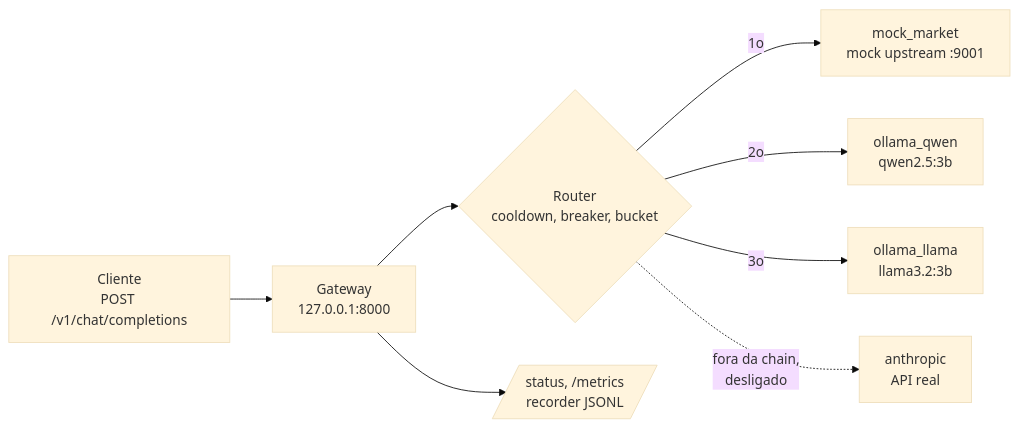
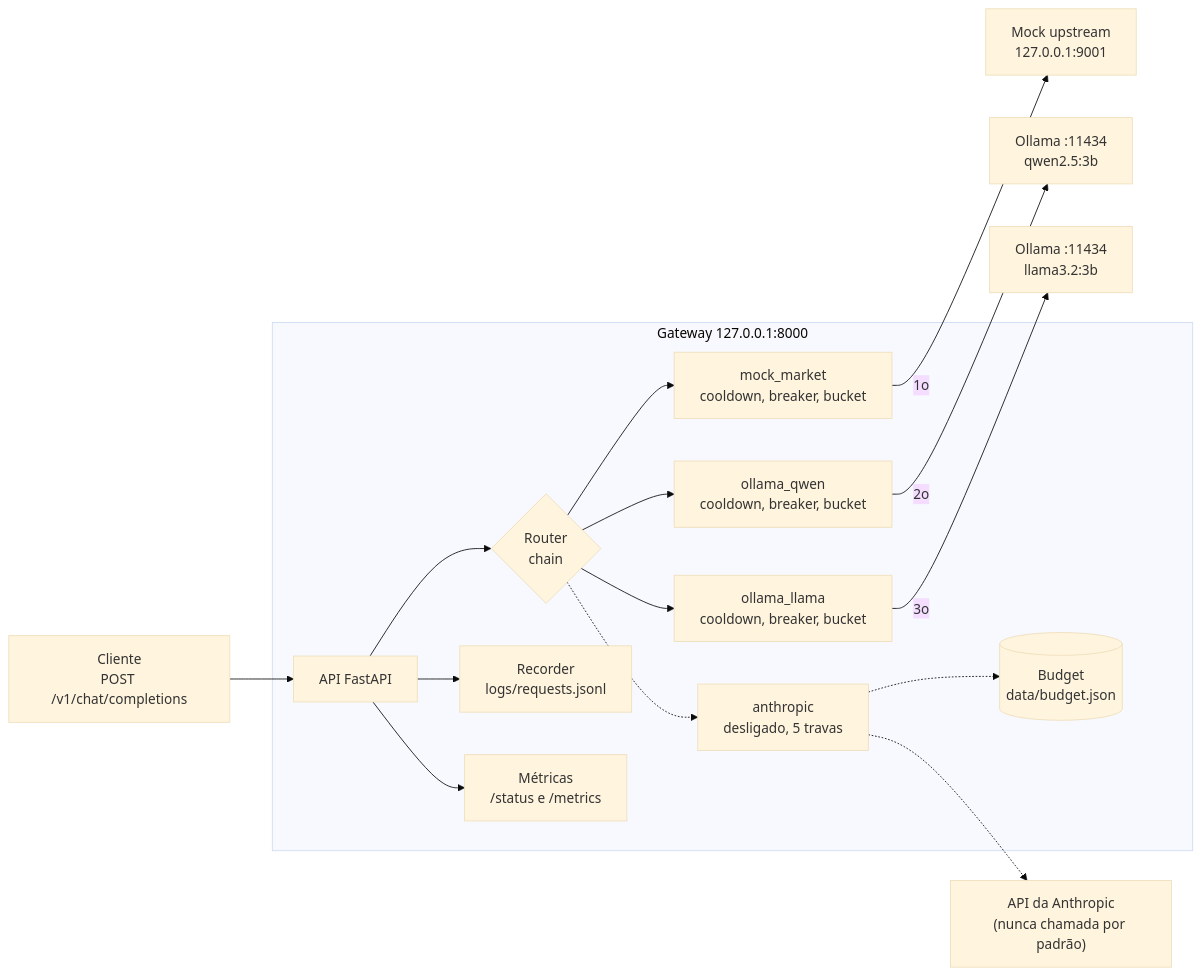
The first of 2 diagrams in README.md (jcorreaviana/llm-gateway-study), drawn with Mermaid (base theme) before and after one commit. The commit also changed other lines of this file, not shown here.

Commit message:
docs: add architecture and sequence diagrams

````diff
--- a/README.md
+++ b/README.md
@@ -24,10 +24,20 @@
 ```mermaid
 flowchart LR
-    C[Cliente<br/>POST /v1/chat/completions] --> G[Gateway<br/>127.0.0.1:8000]
-    G --> R{Router<br/>cooldown, breaker, bucket}
-    R -->|1o| M[mock_market<br/>mock upstream :9001]
-    R -->|2o| Q[ollama_qwen<br/>qwen2.5:3b]
-    R -->|3o| L[ollama_llama<br/>llama3.2:3b]
-    R -.->|fora da chain,<br/>desligado| A[anthropic<br/>API real]
-    G --> O[/status, /metrics<br/>recorder JSONL/]
+    C["Cliente<br/>POST /v1/chat/completions"] --> G
+
+    subgraph GW["Gateway 127.0.0.1:8000"]
+        G["API FastAPI"] --> R{"Router<br/>chain"}
+        R --> K1["mock_market<br/>cooldown, breaker, bucket"]
+        R --> K2["ollama_qwen<br/>cooldown, breaker, bucket"]
+        R --> K3["ollama_llama<br/>cooldown, breaker, bucket"]
+        R -.-> K4["anthropic<br/>desligado, 5 travas"]
+        K4 -.-> B[("Budget<br/>data/budget.json")]
+        G --> REC["Recorder<br/>logs/requests.jsonl"]
+        G --> MET["Métricas<br/>/status e /metrics"]
+    end
+
+    K1 -->|1o| U["Mock upstream<br/>127.0.0.1:9001"]
+    K2 -->|2o| O1["Ollama :11434<br/>qwen2.5:3b"]
+    K3 -->|3o| O2["Ollama :11434<br/>llama3.2:3b"]
+    K4 -.-> API["API da Anthropic<br/>(nunca chamada por padrão)"]
 ```
````
